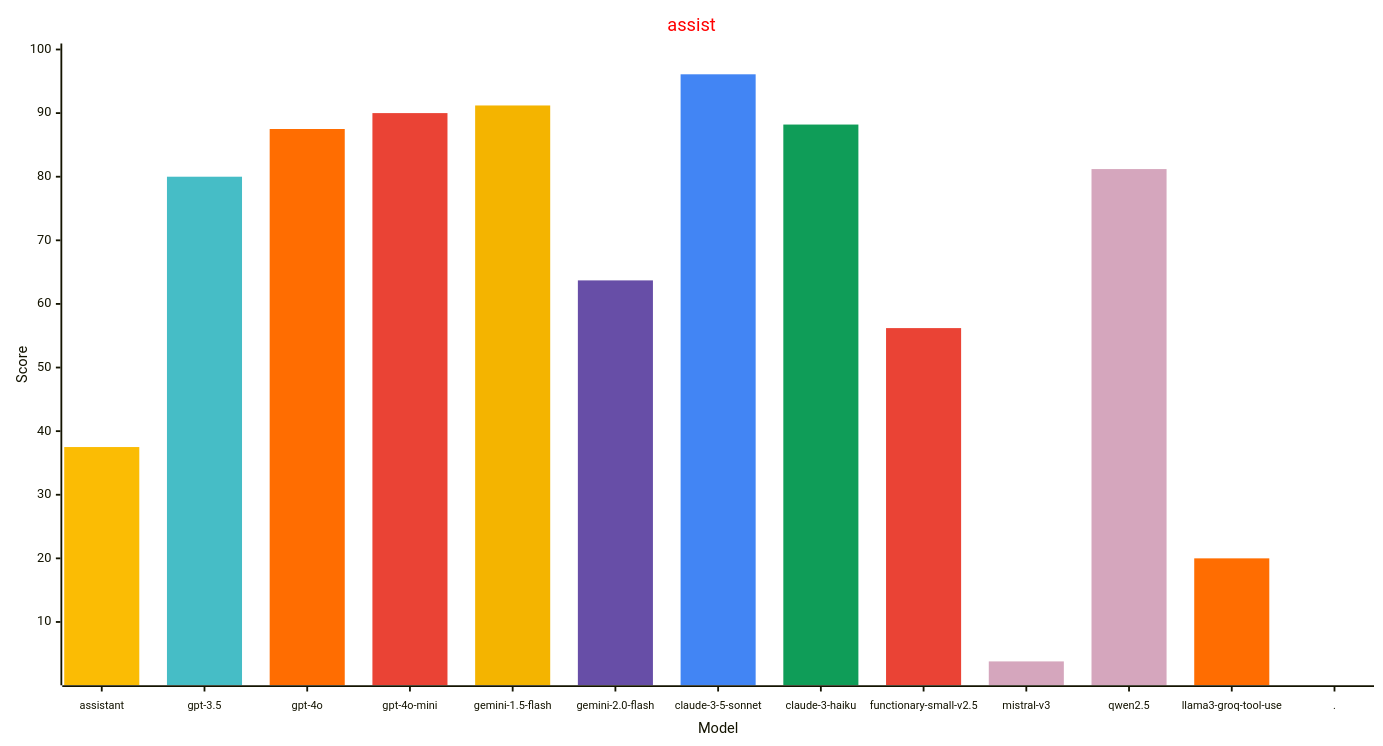
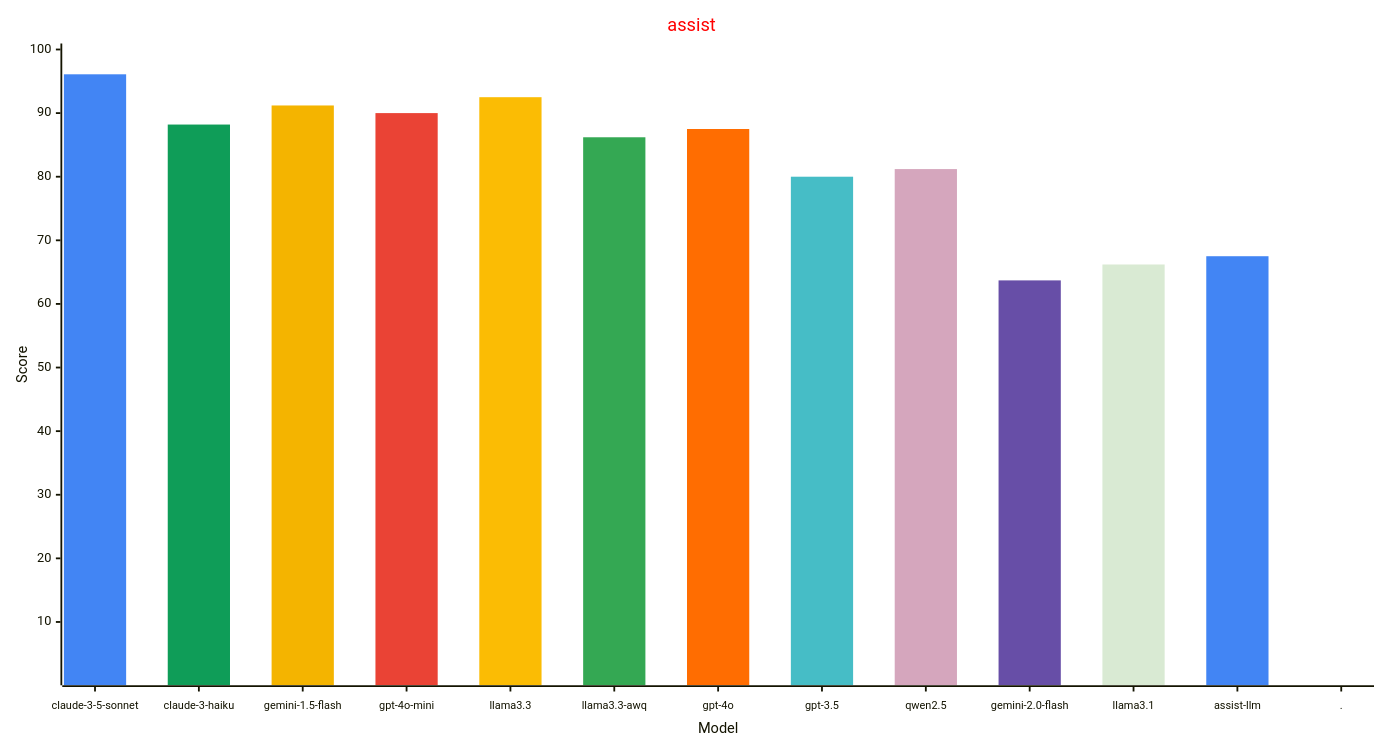
Before and after one commit to allenporter/home-assistant-datasets: the third of 3 diagrams in reports/README.md, drawn with Mermaid. The commit also changed other lines of this file and 1 other file, not shown here.

````diff
--- a/reports/README.md
+++ b/reports/README.md
@@ -140,33 +140,33 @@
 ```mermaid
 ---
 config:
     xyChart:
         width: 1500
         height: 800
         xAxis:
           labelFontSize: 12
           labelPadding: 8
     themeVariables:
         xyChart:
             titleColor: "#ff0000"
-            plotColorPalette: "#fbbc04, #46bdc6, #ff6d01, #ea4335, #f4b400, #674ea7, #4285f4, #0f9d58, #ea4335, #d5a6bd, #d5a6bd, #ff6d01, #4285f4"
+            plotColorPalette: "#4285f4, #0f9d58, #f4b400, #ea4335, #fbbc04, #34a853, #ff6d01, #46bdc6, #d5a6bd, #674ea7, #d9ead3, #4285f4, #4285f4"
 
 ---
 xychart-beta
   title "assist"
-  x-axis "Model" [assistant, gpt-3.5, gpt-4o, gpt-4o-mini, gemini-1.5-flash, gemini-2.0-flash, claude-3-5-sonnet, claude-3-haiku, functionary-small-v2.5, mistral-v3, qwen2.5, llama3-groq-tool-use, .]
+  x-axis "Model" [claude-3-5-sonnet, claude-3-haiku, gemini-1.5-flash, gpt-4o-mini, llama3.3, llama3.3-awq, gpt-4o, gpt-3.5, qwen2.5, gemini-2.0-flash, llama3.1, assist-llm, .]
   y-axis "Score" 1 --> 100
-  bar [37.5, 0.0, 0.0, 0.0, 0.0, 0.0, 0.0, 0.0, 0.0, 0.0, 0.0, 0.0, 0.0]
-  bar [0.0, 80.0, 0.0, 0.0, 0.0, 0.0, 0.0, 0.0, 0.0, 0.0, 0.0, 0.0, 0.0]
-  bar [0.0, 0.0, 87.5, 0.0, 0.0, 0.0, 0.0, 0.0, 0.0, 0.0, 0.0, 0.0, 0.0]
+  bar [96.1, 0.0, 0.0, 0.0, 0.0, 0.0, 0.0, 0.0, 0.0, 0.0, 0.0, 0.0, 0.0]
+  bar [0.0, 88.2, 0.0, 0.0, 0.0, 0.0, 0.0, 0.0, 0.0, 0.0, 0.0, 0.0, 0.0]
+  bar [0.0, 0.0, 91.2, 0.0, 0.0, 0.0, 0.0, 0.0, 0.0, 0.0, 0.0, 0.0, 0.0]
   bar [0.0, 0.0, 0.0, 90.0, 0.0, 0.0, 0.0, 0.0, 0.0, 0.0, 0.0, 0.0, 0.0]
-  bar [0.0, 0.0, 0.0, 0.0, 91.2, 0.0, 0.0, 0.0, 0.0, 0.0, 0.0, 0.0, 0.0]
-  bar [0.0, 0.0, 0.0, 0.0, 0.0, 63.7, 0.0, 0.0, 0.0, 0.0, 0.0, 0.0, 0.0]
-  bar [0.0, 0.0, 0.0, 0.0, 0.0, 0.0, 96.1, 0.0, 0.0, 0.0, 0.0, 0.0, 0.0]
-  bar [0.0, 0.0, 0.0, 0.0, 0.0, 0.0, 0.0, 88.2, 0.0, 0.0, 0.0, 0.0, 0.0]
-  bar [0.0, 0.0, 0.0, 0.0, 0.0, 0.0, 0.0, 0.0, 56.2, 0.0, 0.0, 0.0, 0.0]
-  bar [0.0, 0.0, 0.0, 0.0, 0.0, 0.0, 0.0, 0.0, 0.0, 3.8, 0.0, 0.0, 0.0]
-  bar [0.0, 0.0, 0.0, 0.0, 0.0, 0.0, 0.0, 0.0, 0.0, 0.0, 81.2, 0.0, 0.0]
-  bar [0.0, 0.0, 0.0, 0.0, 0.0, 0.0, 0.0, 0.0, 0.0, 0.0, 0.0, 20.0, 0.0]
+  bar [0.0, 0.0, 0.0, 0.0, 92.5, 0.0, 0.0, 0.0, 0.0, 0.0, 0.0, 0.0, 0.0]
+  bar [0.0, 0.0, 0.0, 0.0, 0.0, 86.2, 0.0, 0.0, 0.0, 0.0, 0.0, 0.0, 0.0]
+  bar [0.0, 0.0, 0.0, 0.0, 0.0, 0.0, 87.5, 0.0, 0.0, 0.0, 0.0, 0.0, 0.0]
+  bar [0.0, 0.0, 0.0, 0.0, 0.0, 0.0, 0.0, 80.0, 0.0, 0.0, 0.0, 0.0, 0.0]
+  bar [0.0, 0.0, 0.0, 0.0, 0.0, 0.0, 0.0, 0.0, 81.2, 0.0, 0.0, 0.0, 0.0]
+  bar [0.0, 0.0, 0.0, 0.0, 0.0, 0.0, 0.0, 0.0, 0.0, 63.7, 0.0, 0.0, 0.0]
+  bar [0.0, 0.0, 0.0, 0.0, 0.0, 0.0, 0.0, 0.0, 0.0, 0.0, 66.2, 0.0, 0.0]
+  bar [0.0, 0.0, 0.0, 0.0, 0.0, 0.0, 0.0, 0.0, 0.0, 0.0, 0.0, 67.5, 0.0]
   bar [0.0, 0.0, 0.0, 0.0, 0.0, 0.0, 0.0, 0.0, 0.0, 0.0, 0.0, 0.0, -1.0]
 ```
````
